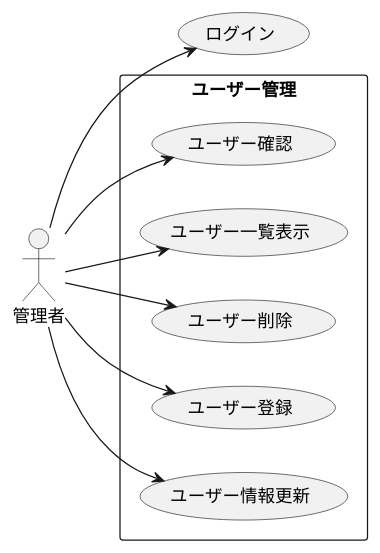
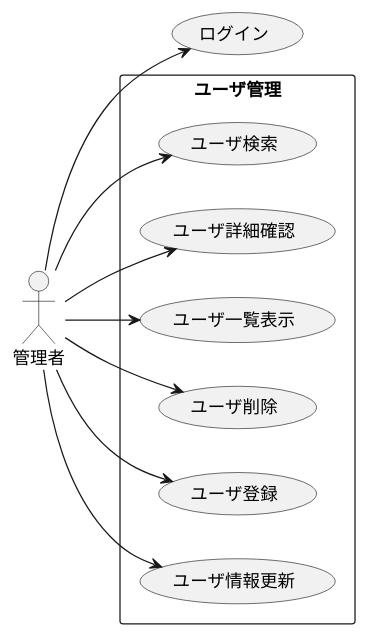
Before and after one commit to toufu66/ProjectC: the diagram in uml/usecase.pu, drawn with PlantUML.

Commit message:
ユースケース図

```diff
--- a/uml/usecase.pu
+++ b/uml/usecase.pu
@@ -1,13 +1,14 @@
 @startuml
 actor 管理者
 left to right direction
-rectangle ユーザー管理{
-	管理者 --> (ユーザー確認)
-	管理者 --> (ユーザー一覧表示)
-	管理者 --> (ユーザー削除)
-	管理者 --> (ユーザー登録)
-	管理者 --> (ユーザー情報更新)
+rectangle ユーザ管理{
+	管理者 --> (ユーザ検索)
+	管理者 --> (ユーザ詳細確認)
+	管理者 --> (ユーザ一覧表示)
+	管理者 --> (ユーザ削除)
+	管理者 --> (ユーザ登録)
+	管理者 --> (ユーザ情報更新)
 
 }
 管理者 --> (ログイン)
 @enduml
```
